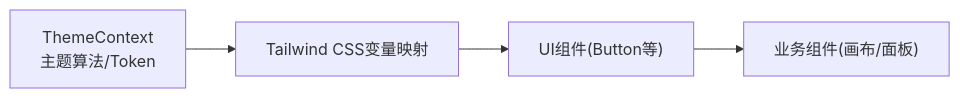
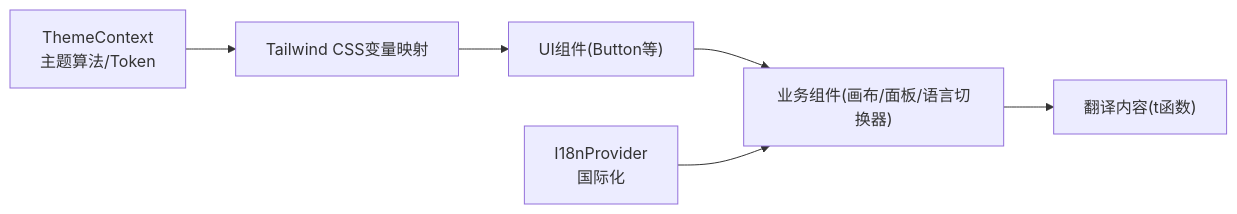
Before and after one commit to KunLabAI/KunFlix: the seventh of 10 diagrams in .qoder/repowiki/zh/content/系统架构/前端架构/前端架构.md, drawn with Mermaid. The commit also changed other lines of this file and 78 other files, not shown here.

````diff
--- a/.qoder/repowiki/zh/content/系统架构/前端架构/前端架构.md
+++ b/.qoder/repowiki/zh/content/系统架构/前端架构/前端架构.md
@@ -325,6 +395,8 @@
 ```mermaid
 graph LR
 THEME["ThemeContext<br/>主题算法/Token"] --> TAILWIND["Tailwind CSS变量映射"]
 TAILWIND --> UI["UI组件(Button等)"]
-UI --> COMPONENTS["业务组件(画布/面板)"]
+UI --> COMPONENTS["业务组件(画布/面板/语言切换器)"]
+I18N["I18nProvider<br/>国际化"] --> COMPONENTS
+COMPONENTS --> TRANSLATIONS["翻译内容(t函数)"]
 ```
````
